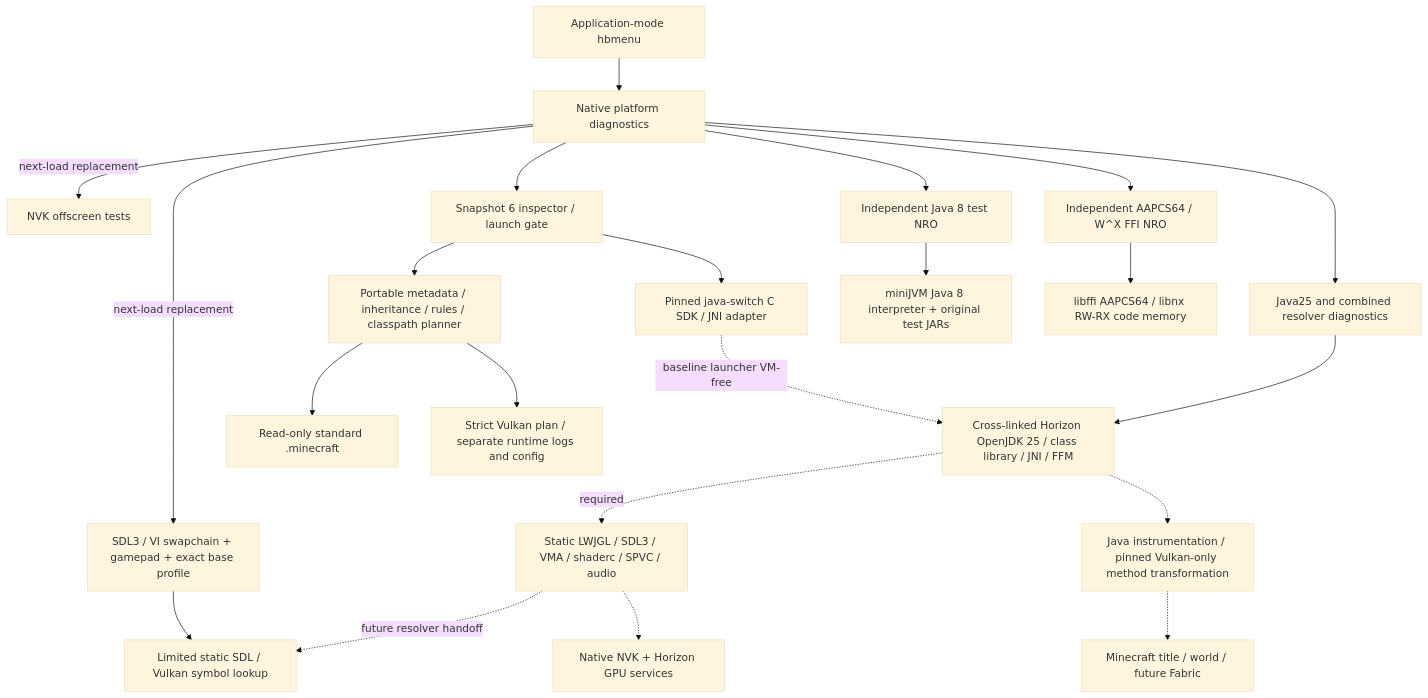
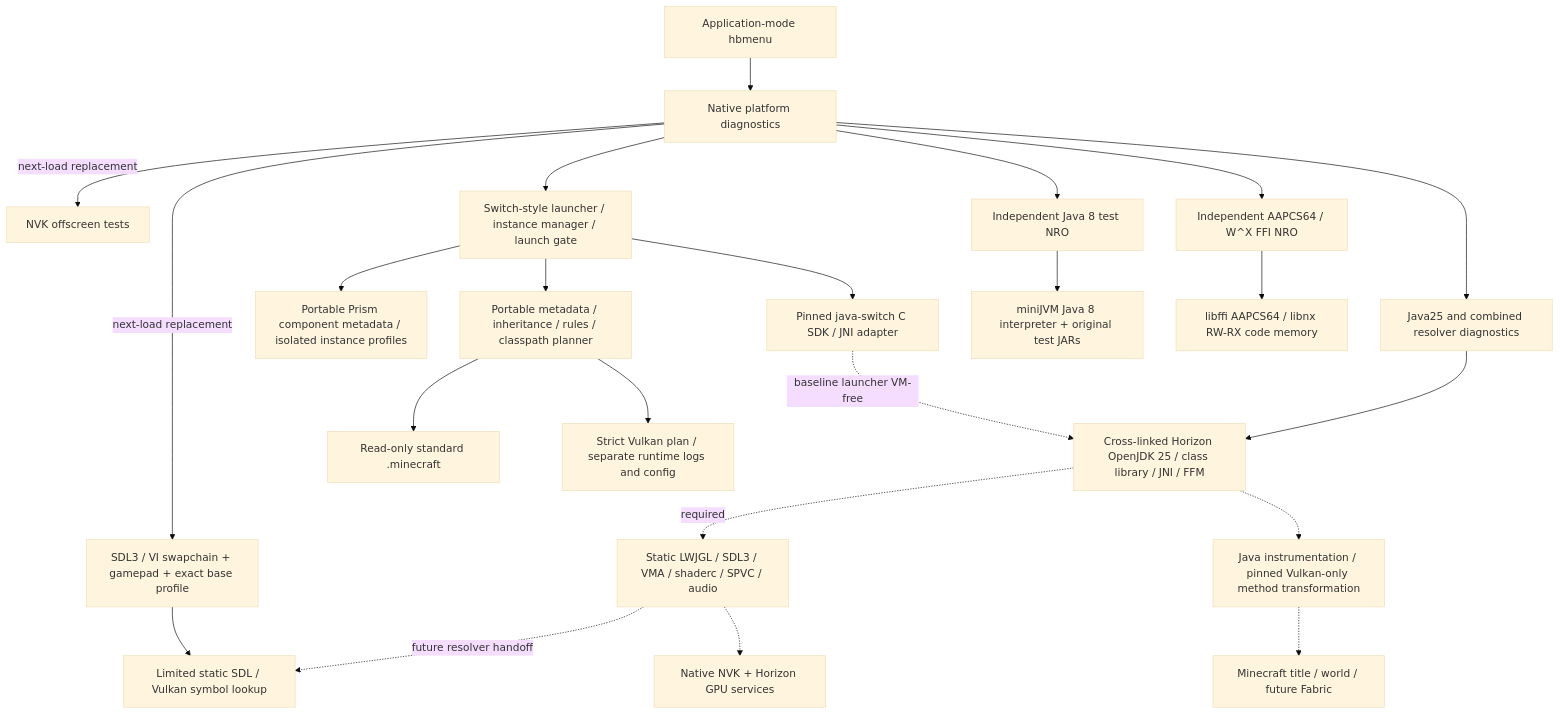
Before and after one commit to a1c7e0/switchcraft: the first of 3 diagrams in docs/ARCHITECTURE.md, drawn with Mermaid (base theme). The commit also changed 6 other files, not shown here.

Commit message:
docs: distinguish graphical launcher checks from base diagnostics

````diff
--- a/docs/ARCHITECTURE.md
+++ b/docs/ARCHITECTURE.md
@@ -7,24 +7,25 @@
 ```mermaid
 flowchart TD
   HB[Application-mode hbmenu] --> D[Native platform diagnostics]
   D -->|next-load replacement| V[NVK offscreen tests]
   D -->|next-load replacement| W[SDL3 / VI swapchain + gamepad + exact base profile]
-  D --> L[Snapshot 6 inspector / launch gate]
+  D --> L[Switch-style launcher / instance manager / launch gate]
+  L --> PRISM[Portable Prism component metadata / isolated instance profiles]
   D --> J[Independent Java 8 test NRO]
   D --> F[Independent AAPCS64 / W^X FFI NRO]
   L --> M[Portable metadata / inheritance / rules / classpath planner]
   M --> INSTALL[Read-only standard .minecraft]
   M --> PLAN[Strict Vulkan plan / separate runtime logs and config]
   L --> SDK[Pinned java-switch C SDK / JNI adapter]
   D --> VMTEST[Java25 and combined resolver diagnostics]
   VMTEST --> JVM[Cross-linked Horizon OpenJDK 25 / class library / JNI / FFM]
   SDK -. baseline launcher VM-free .-> JVM
   JVM -. required .-> LW[Static LWJGL / SDL3 / VMA / shaderc / SPVC / audio]
   W --> LOOKUP[Limited static SDL / Vulkan symbol lookup]
   LW -. future resolver handoff .-> LOOKUP
   LW -.-> NVK[Native NVK + Horizon GPU services]
   JVM -.-> BRIDGE[Java instrumentation / pinned Vulkan-only method transformation]
   BRIDGE -.-> MC[Minecraft title / world / future Fabric]
   J --> MINI[miniJVM Java 8 interpreter + original test JARs]
   F --> FFI[libffi AAPCS64 / libnx RW-RX code memory]
 ```
````
